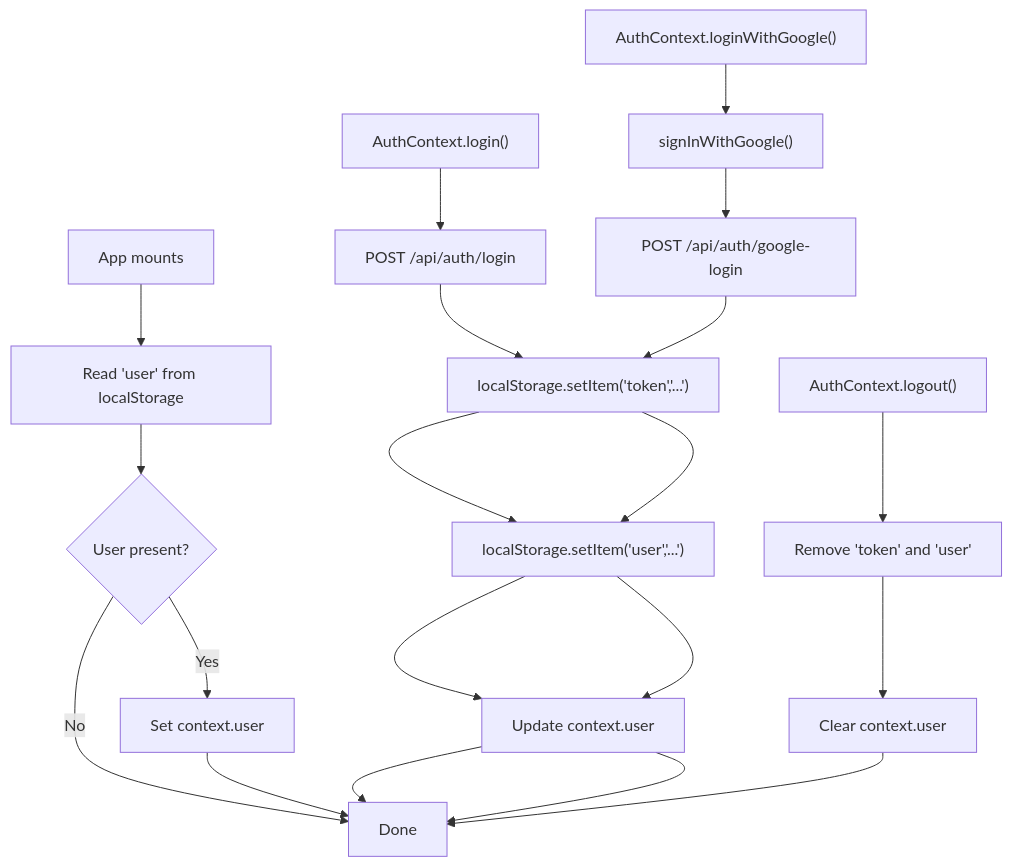
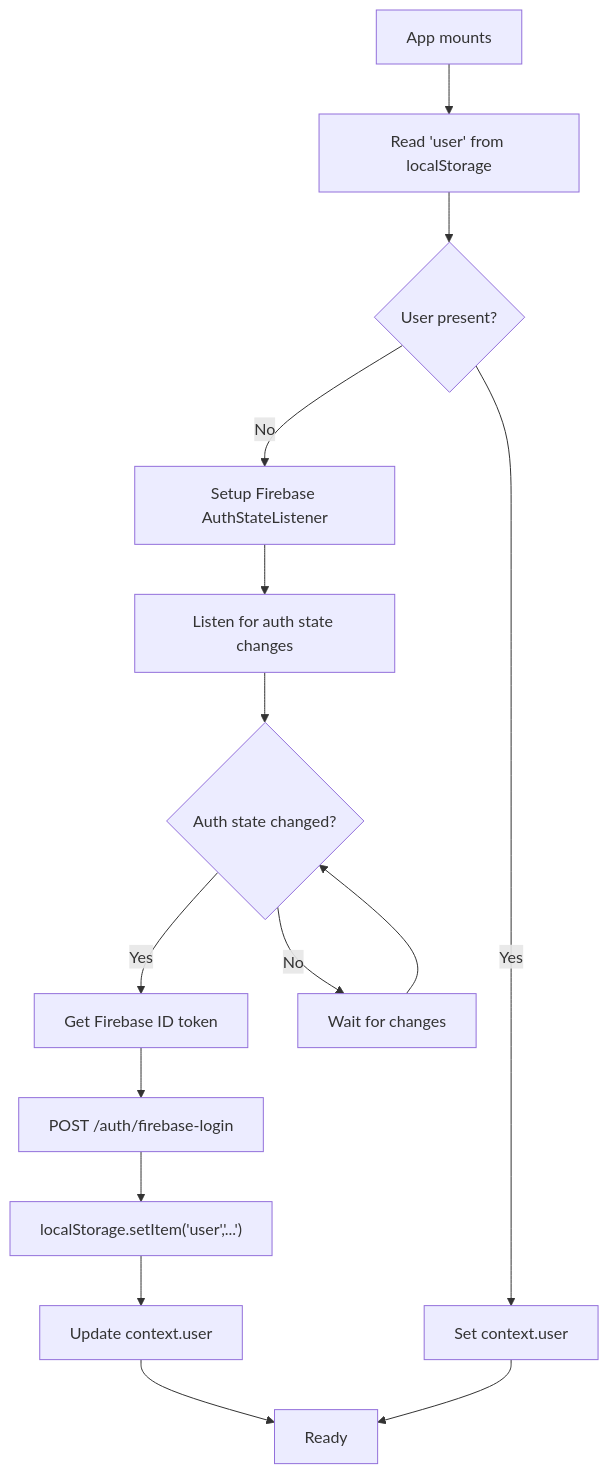
The fifth of 7 diagrams in .qoder/repowiki/en/content/Authentication & Authorization/Login & Registration Process.md (Pavan-PSPK9032/TrendsandToss), drawn with Mermaid before and after one commit. The commit also changed other lines of this file and 9 other files, not shown here.

````diff
--- a/.qoder/repowiki/en/content/Authentication & Authorization/Login & Registration Process.md
+++ b/.qoder/repowiki/en/content/Authentication & Authorization/Login & Registration Process.md
@@ -421,22 +251,17 @@
 ```mermaid
 flowchart TD
 Mount["App mounts"] --> LoadUser["Read 'user' from localStorage"]
 LoadUser --> HasUser{"User present?"}
 HasUser --> |Yes| SetCtx["Set context.user"]
-HasUser --> |No| Done["Done"]
+HasUser --> |No| SetupListener["Setup Firebase AuthStateListener"]
+SetupListener --> Listen["Listen for auth state changes"]
+Listen --> OnChange{"Auth state changed?"}
+OnChange --> |Yes| GetToken["Get Firebase ID token"]
+GetToken --> SyncBackend["POST /auth/firebase-login"]
+SyncBackend --> SaveUser["localStorage.setItem('user','...')"]
+SaveUser --> UpdateCtx["Update context.user"]
+OnChange --> |No| Wait["Wait for changes"]
+Wait --> OnChange
+UpdateCtx --> Done["Ready"]
 SetCtx --> Done
-Login["AuthContext.login()"] --> CallAPI["POST /api/auth/login"]
-CallAPI --> Save["localStorage.setItem('token','...')"]
-Save --> SaveUser["localStorage.setItem('user','...')"]
-SaveUser --> UpdateCtx["Update context.user"]
-UpdateCtx --> Done
-GoogleLogin["AuthContext.loginWithGoogle()"] --> Firebase["signInWithGoogle()"]
-Firebase --> CallGoogleAPI["POST /api/auth/google-login"]
-CallGoogleAPI --> Save["localStorage.setItem('token','...')"]
-Save --> SaveUser["localStorage.setItem('user','...')"]
-SaveUser --> UpdateCtx["Update context.user"]
-UpdateCtx --> Done
-Logout["AuthContext.logout()"] --> Remove["Remove 'token' and 'user'"]
-Remove --> Clear["Clear context.user"]
-Clear --> Done
 ```
````
